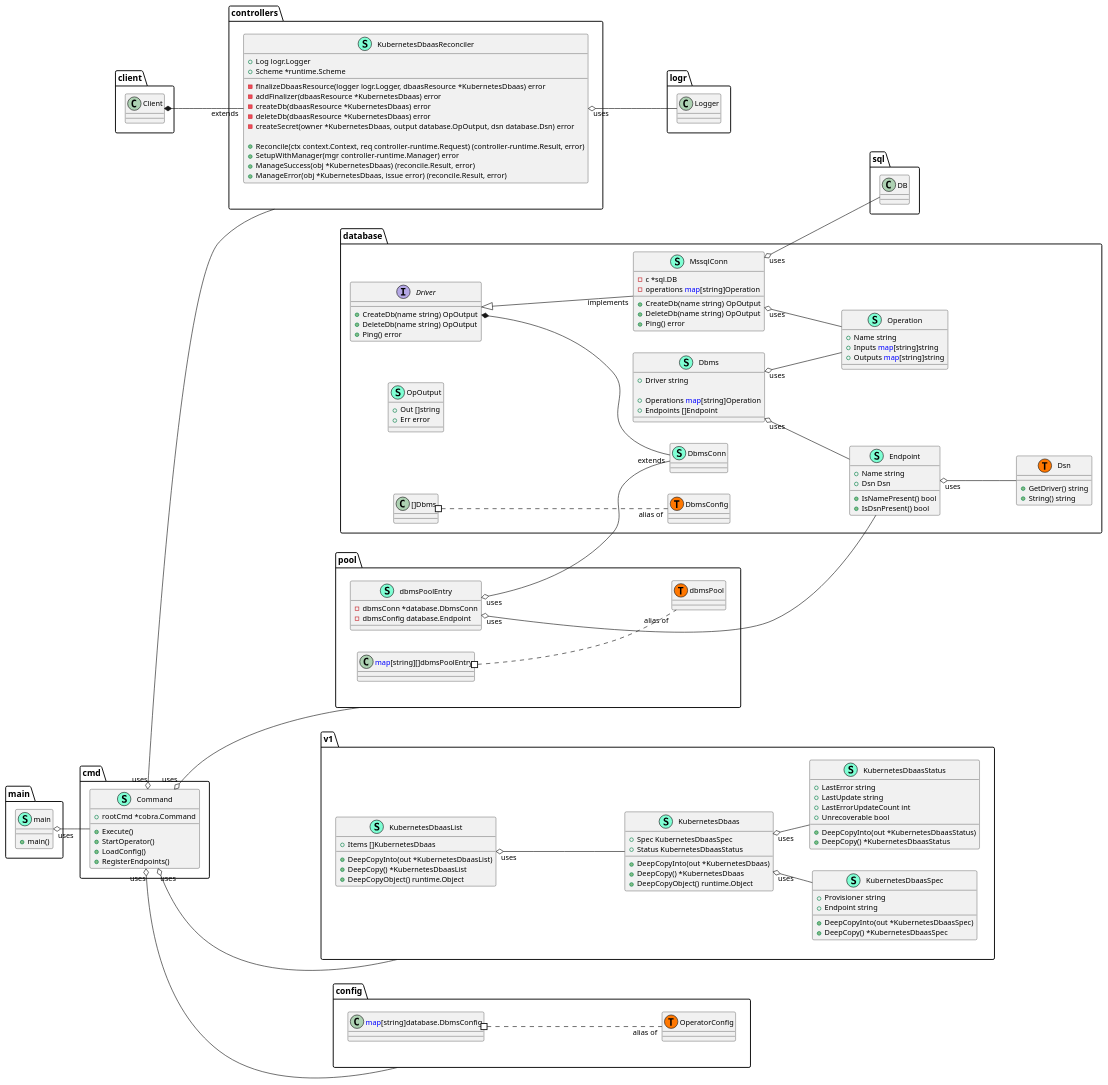
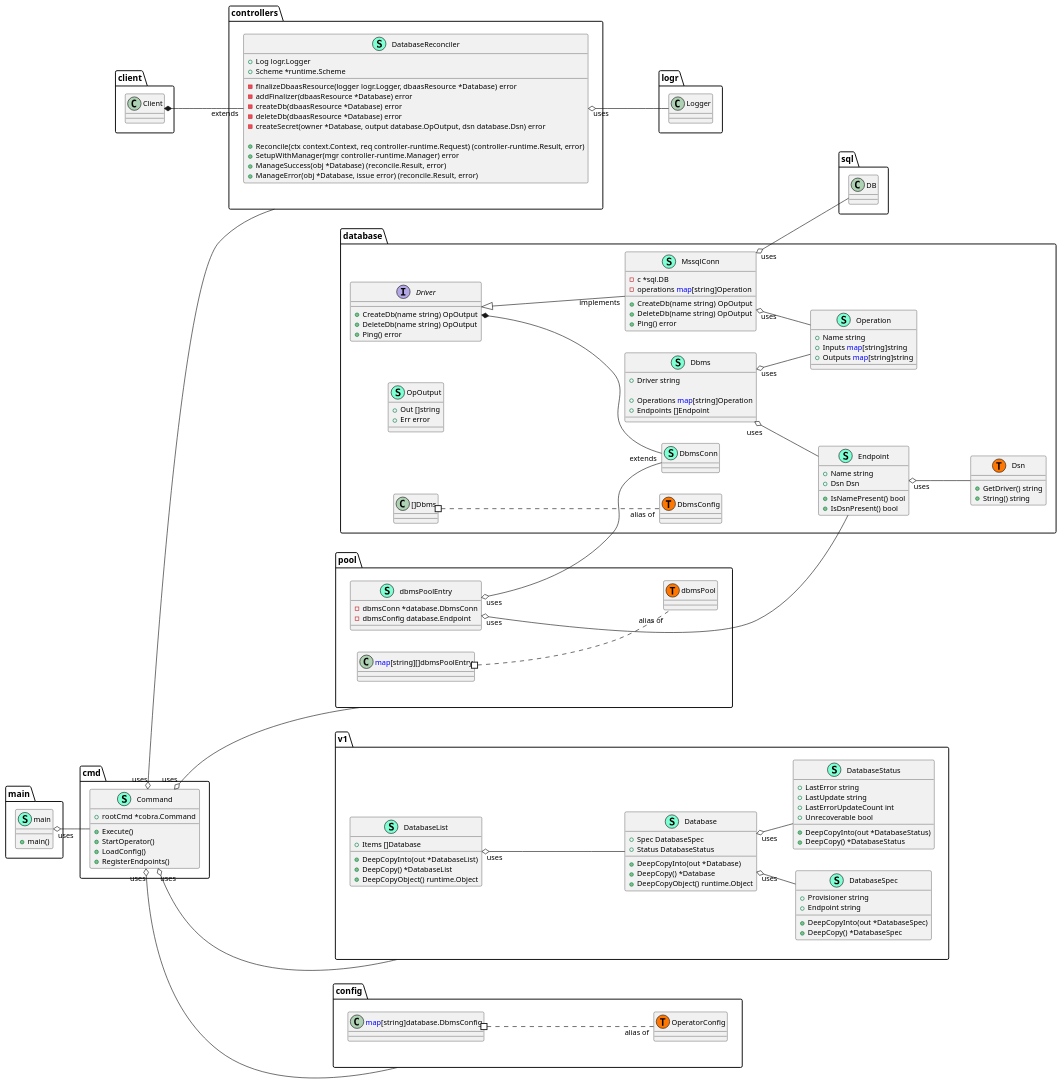
Before and after one commit to criscola/kubernetes-dbaas: the diagram in docs/resources/system_arch_diag.puml, drawn with PlantUML. The commit also changed 16 other files, not shown here.

Commit message:
Rename K8s name 'KubernetesDbaas' to 'Database'

```diff
--- a/docs/resources/system_arch_diag.puml
+++ b/docs/resources/system_arch_diag.puml
@@ -1,188 +1,188 @@
 @startuml
 skinparam linetype ortho
 left to right direction
 skinparam classArrowFontSize 12
 skinparam classAttributeFontSize  12
 skinparam linetype linear
 
 namespace config {
     class config.OperatorConfig << (T, #FF7700) >>  {
     }
     class "<font color=blue>map</font>[string]database.DbmsConfig" as fontcolorbluemapfontstringdatabaseDbmsConfig {
         'This class was created so that we can correctly have an alias pointing to this name. Since it contains dots that can break namespaces
     }
 }
 
 
 
 namespace controllers {
-    class KubernetesDbaasReconciler << (S,Aquamarine) >> {
+    class DatabaseReconciler << (S,Aquamarine) >> {
         + Log logr.Logger
         + Scheme *runtime.Scheme
 
-        - finalizeDbaasResource(logger logr.Logger, dbaasResource *KubernetesDbaas) error
-        - addFinalizer(dbaasResource *KubernetesDbaas) error
-        - createDb(dbaasResource *KubernetesDbaas) error
-        - deleteDb(dbaasResource *KubernetesDbaas) error
-        - createSecret(owner *KubernetesDbaas, output database.OpOutput, dsn database.Dsn) error
+        - finalizeDbaasResource(logger logr.Logger, dbaasResource *Database) error
+        - addFinalizer(dbaasResource *Database) error
+        - createDb(dbaasResource *Database) error
+        - deleteDb(dbaasResource *Database) error
+        - createSecret(owner *Database, output database.OpOutput, dsn database.Dsn) error
 
         + Reconcile(ctx context.Context, req controller-runtime.Request) (controller-runtime.Result, error)
         + SetupWithManager(mgr controller-runtime.Manager) error
-        + ManageSuccess(obj *KubernetesDbaas) (reconcile.Result, error)
-        + ManageError(obj *KubernetesDbaas, issue error) (reconcile.Result, error)
+        + ManageSuccess(obj *Database) (reconcile.Result, error)
+        + ManageError(obj *Database, issue error) (reconcile.Result, error)
 
     }
 }
-"client.Client" *-- "extends""controllers.KubernetesDbaasReconciler"
+"client.Client" *-- "extends""controllers.DatabaseReconciler"
 
 
-"controllers.KubernetesDbaasReconciler""uses" o-- "logr.Logger"
+"controllers.DatabaseReconciler""uses" o-- "logr.Logger"
 
 namespace database {
     class Dbms << (S,Aquamarine) >> {
         + Driver string
 
         + Operations <font color=blue>map</font>[string]Operation
         + Endpoints []Endpoint
 
     }
     class DbmsConn << (S,Aquamarine) >> {
     }
     interface Driver  {
         + CreateDb(name string) OpOutput
         + DeleteDb(name string) OpOutput
         + Ping() error
 
     }
     class Dsn << (S,Aquamarine) >> {
         + GetDriver() string
         + String() string
 
     }
     class Endpoint << (S,Aquamarine) >> {
         + Name string
         + Dsn Dsn
 
         + IsNamePresent() bool
         + IsDsnPresent() bool
 
     }
     class MssqlConn << (S,Aquamarine) >> {
         - c *sql.DB
         - operations <font color=blue>map</font>[string]Operation
 
         + CreateDb(name string) OpOutput
         + DeleteDb(name string) OpOutput
         + Ping() error
 
     }
     class OpOutput << (S,Aquamarine) >> {
         + Out []string
         + Err error
 
     }
     class Operation << (S,Aquamarine) >> {
         + Name string
         + Inputs <font color=blue>map</font>[string]string
         + Outputs <font color=blue>map</font>[string]string
 
     }
     class database.DbmsConfig << (T, #FF7700) >>  {
     }
     class database.Dsn << (T, #FF7700) >>  {
     }
 }
 "database.Driver" *-- "extends""database.DbmsConn"
 
 "database.Driver" <|-- "implements""database.MssqlConn"
 
 
 "database.Dbms""uses" o-- "database.Endpoint"
 "database.Dbms""uses" o-- "database.Operation"
 "database.Endpoint""uses" o-- "database.Dsn"
 "database.MssqlConn""uses" o-- "database.Operation"
 "database.MssqlConn""uses" o-- "sql.DB"
 
 namespace pool {
     class dbmsPoolEntry << (S,Aquamarine) >> {
         - dbmsConn *database.DbmsConn
         - dbmsConfig database.Endpoint
 
     }
     class pool.dbmsPool << (T, #FF7700) >>  {
     }
 }
 
 
 "pool.dbmsPoolEntry""uses" o-- "database.DbmsConn"
 "pool.dbmsPoolEntry""uses" o-- "database.Endpoint"
 
 namespace v1 {
-    class KubernetesDbaas << (S,Aquamarine) >> {
-        + Spec KubernetesDbaasSpec
-        + Status KubernetesDbaasStatus
+    class Database << (S,Aquamarine) >> {
+        + Spec DatabaseSpec
+        + Status DatabaseStatus
 
-        + DeepCopyInto(out *KubernetesDbaas) 
-        + DeepCopy() *KubernetesDbaas
+        + DeepCopyInto(out *Database)
+        + DeepCopy() *Database
         + DeepCopyObject() runtime.Object
 
     }
-    class KubernetesDbaasList << (S,Aquamarine) >> {
-        + Items []KubernetesDbaas
+    class DatabaseList << (S,Aquamarine) >> {
+        + Items []Database
 
-        + DeepCopyInto(out *KubernetesDbaasList) 
-        + DeepCopy() *KubernetesDbaasList
+        + DeepCopyInto(out *DatabaseList) 
+        + DeepCopy() *DatabaseList
         + DeepCopyObject() runtime.Object
 
     }
-    class KubernetesDbaasSpec << (S,Aquamarine) >> {
+    class DatabaseSpec << (S,Aquamarine) >> {
         + Provisioner string
         + Endpoint string
 
-        + DeepCopyInto(out *KubernetesDbaasSpec) 
-        + DeepCopy() *KubernetesDbaasSpec
+        + DeepCopyInto(out *DatabaseSpec) 
+        + DeepCopy() *DatabaseSpec
 
     }
-    class KubernetesDbaasStatus << (S,Aquamarine) >> {
+    class DatabaseStatus << (S,Aquamarine) >> {
         + LastError string
         + LastUpdate string
         + LastErrorUpdateCount int
         + Unrecoverable bool
 
-        + DeepCopyInto(out *KubernetesDbaasStatus) 
-        + DeepCopy() *KubernetesDbaasStatus
+        + DeepCopyInto(out *DatabaseStatus) 
+        + DeepCopy() *DatabaseStatus
 
     }
 }
 
 namespace cmd {
     class Command << (S,Aquamarine) >> {
         + rootCmd *cobra.Command
 
         + Execute()
         + StartOperator()
         + LoadConfig()
         + RegisterEndpoints()
     }
 }
 
 namespace main {
     class main << (S,Aquamarine) >> {
         + main()
     }
 }
 
 "main.main""uses" o-- "cmd.Command"
 "cmd.Command""uses" o-- "config"
 "cmd.Command""uses" o-- "pool"
 "cmd.Command""uses" o-- "controllers"
 "cmd.Command""uses" o-- "v1"
 
-"v1.KubernetesDbaas""uses" o-- "v1.KubernetesDbaasSpec"
-"v1.KubernetesDbaas""uses" o-- "v1.KubernetesDbaasStatus"
-"v1.KubernetesDbaasList""uses" o-- "v1.KubernetesDbaas"
+"v1.Database""uses" o-- "v1.DatabaseSpec"
+"v1.Database""uses" o-- "v1.DatabaseStatus"
+"v1.DatabaseList""uses" o-- "v1.Database"
 
 "config.fontcolorbluemapfontstringdatabaseDbmsConfig" #.. "alias of""config.OperatorConfig"
 "database.[]Dbms" #.. "alias of""database.DbmsConfig"
 "pool.<font color=blue>map</font>[string][]dbmsPoolEntry" #.. "alias of""pool.dbmsPool"
 @enduml
```
